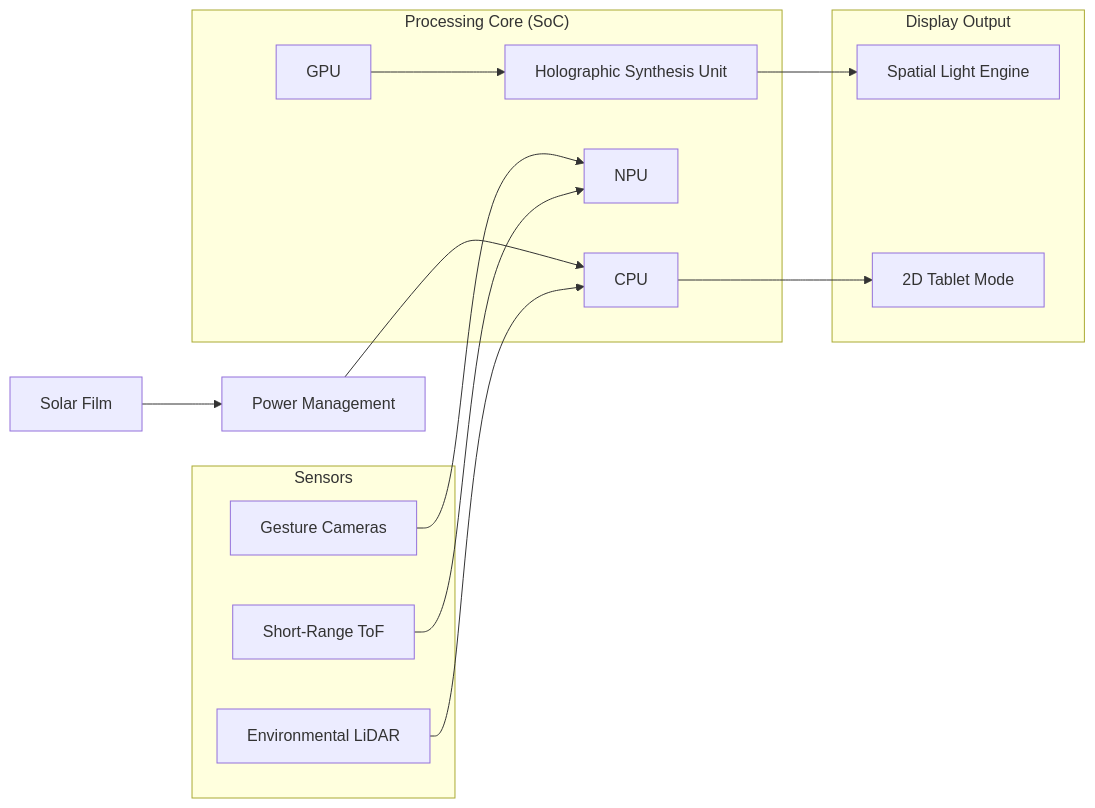
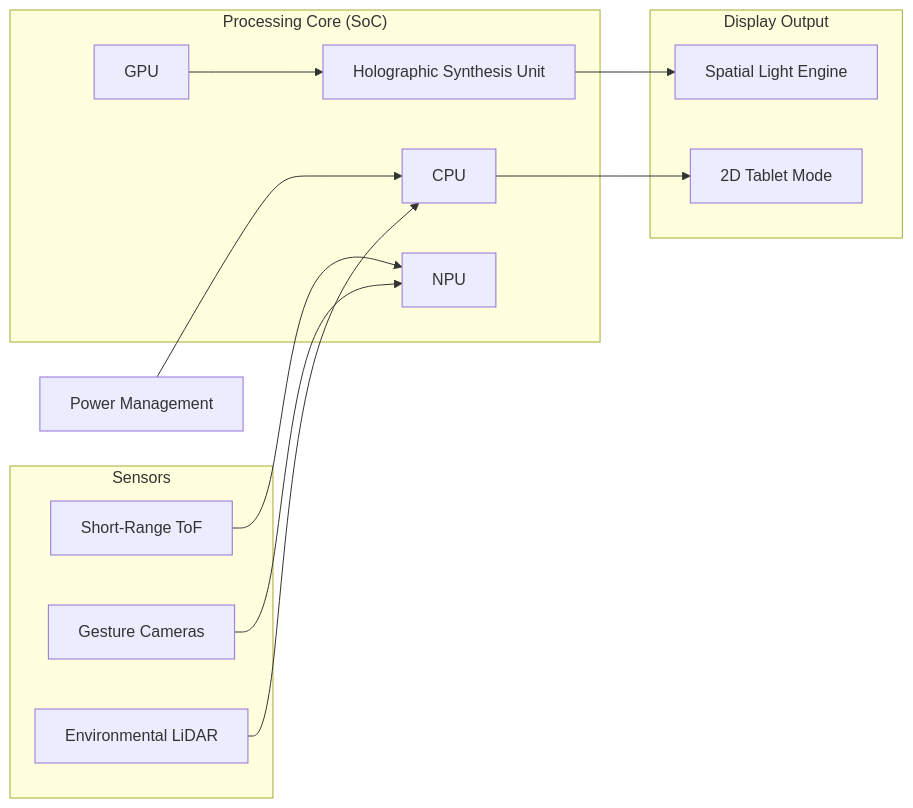
Before and after one commit to YEMURAI-CAROLINE-MLAMBO/BF-v2: the diagram in docs/hardware/electronics_and_sensors.md, drawn with Mermaid. The commit also changed other lines of this file and 3 other files, not shown here.

````diff
--- a/docs/hardware/electronics_and_sensors.md
+++ b/docs/hardware/electronics_and_sensors.md
@@ -49,31 +50,30 @@
 ```mermaid
 graph LR
     subgraph "Sensors"
     ToF[Short-Range ToF]
     IR[Gesture Cameras]
     LiDAR[Environmental LiDAR]
     end
 
     subgraph "Processing Core (SoC)"
     CPU
     GPU
     NPU
     HSU[Holographic Synthesis Unit]
     end
 
     subgraph "Display Output"
     SLE[Spatial Light Engine]
     Standard[2D Tablet Mode]
     end
 
     ToF --> NPU
     IR --> NPU
     LiDAR --> CPU
 
     GPU --> HSU
     HSU --> SLE
     CPU --> Standard
 
     Power[Power Management] --> CPU
-    Solar[Solar Film] --> Power
 ```
````
